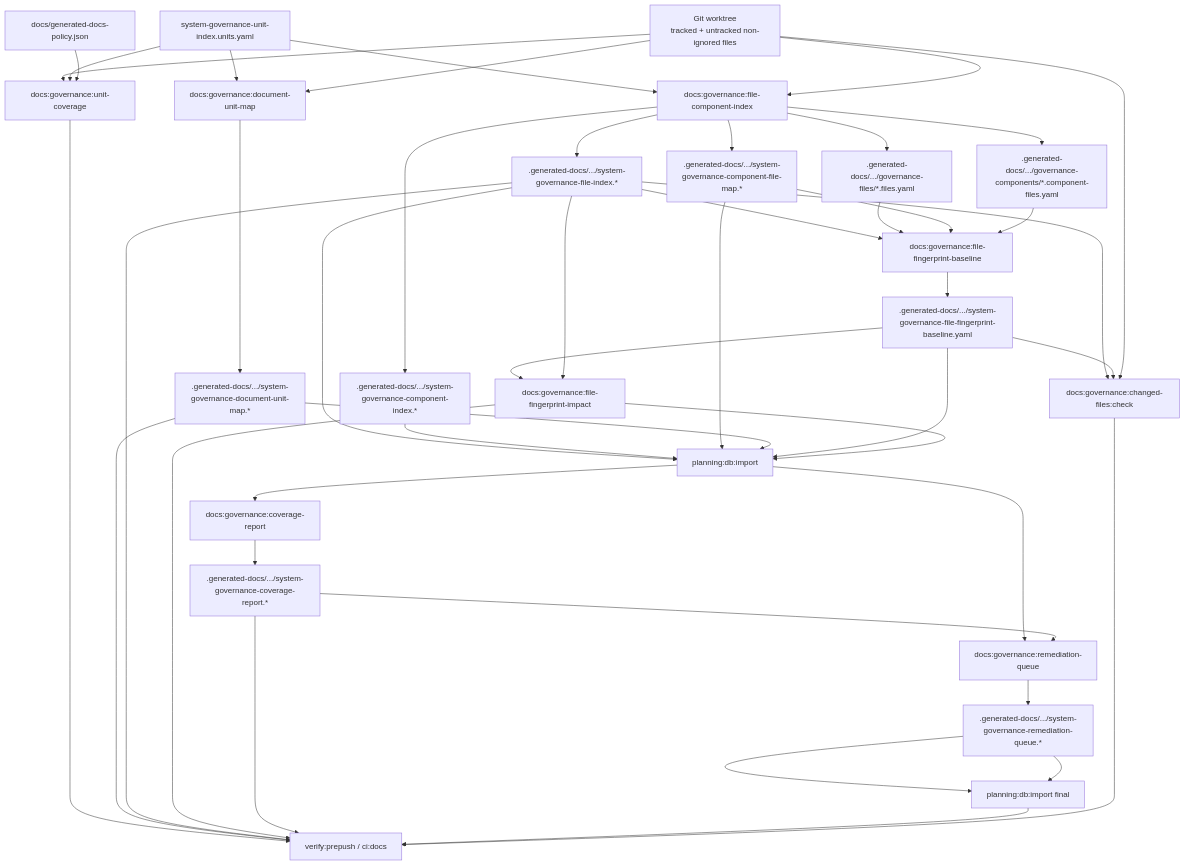
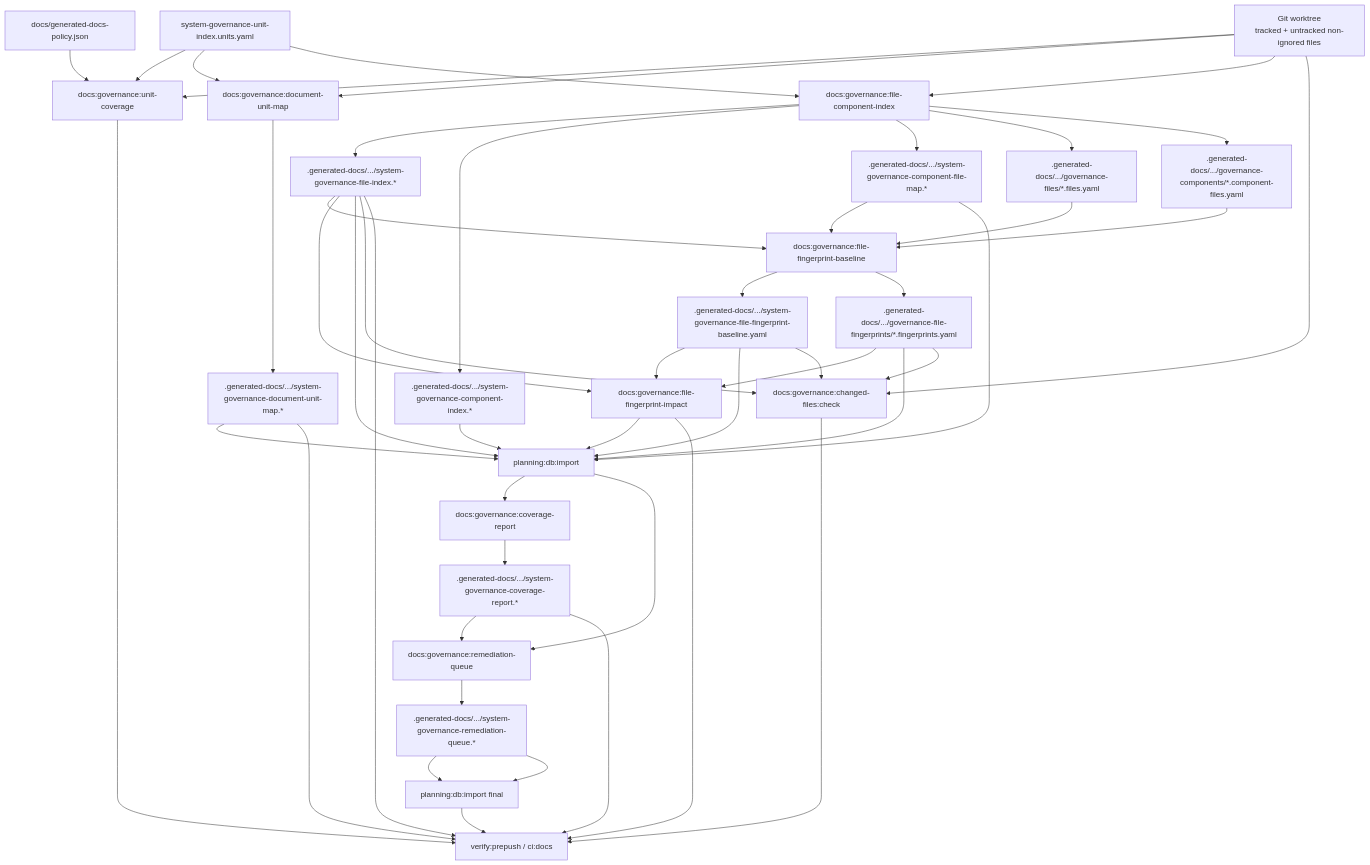
One commit to dunay2/dvt changed the diagram in docs/architecture/components/ci-governance/system-governance-generation-workflow-component.md. Above: the diagram before and after it, drawn with Mermaid. The commit also changed other lines of this file and 7 other files, not shown here.

Commit message:
fix(docs): Shard governance fingerprint baseline

````diff
--- a/docs/architecture/components/ci-governance/system-governance-generation-workflow-component.md
+++ b/docs/architecture/components/ci-governance/system-governance-generation-workflow-component.md
@@ -74,59 +74,63 @@
 ```mermaid
 flowchart TD
   Worktree["Git worktree\ntracked + untracked non-ignored files"]
   UnitManifest["system-governance-unit-index.units.yaml"]
   GeneratedPolicy["docs/generated-docs-policy.json"]
   UnitCoverage["docs:governance:unit-coverage"]
   DocumentMap["docs:governance:document-unit-map"]
   FileComponent["docs:governance:file-component-index"]
   Fingerprint["docs:governance:file-fingerprint-baseline"]
   FingerprintImpact["docs:governance:file-fingerprint-impact"]
   Coverage["docs:governance:coverage-report"]
   Remediation["docs:governance:remediation-queue"]
   ChangedFiles["docs:governance:changed-files:check"]
   Prepush["verify:prepush / ci:docs"]
 
   Worktree --> UnitCoverage
   UnitManifest --> UnitCoverage
   GeneratedPolicy --> UnitCoverage
   UnitManifest --> DocumentMap
   Worktree --> DocumentMap
   UnitManifest --> FileComponent
   Worktree --> FileComponent
   FileComponent --> FileIndex[".generated-docs/.../system-governance-file-index.*"]
   FileComponent --> ComponentIndex[".generated-docs/.../system-governance-component-index.*"]
   FileComponent --> ComponentMap[".generated-docs/.../system-governance-component-file-map.*"]
   FileComponent --> FileShards[".generated-docs/.../governance-files/*.files.yaml"]
   FileComponent --> ComponentShards[".generated-docs/.../governance-components/*.component-files.yaml"]
   DocumentMap --> DocumentMapOutputs[".generated-docs/.../system-governance-document-unit-map.*"]
   FileIndex --> Fingerprint
   FileShards --> Fingerprint
   ComponentMap --> Fingerprint
   ComponentShards --> Fingerprint
   Fingerprint --> FingerprintBaseline[".generated-docs/.../system-governance-file-fingerprint-baseline.yaml"]
+  Fingerprint --> FingerprintShards[".generated-docs/.../governance-file-fingerprints/*.fingerprints.yaml"]
   FingerprintBaseline --> FingerprintImpact
+  FingerprintShards --> FingerprintImpact
   FileIndex --> FingerprintImpact
   FileIndex --> Import["planning:db:import"]
   ComponentIndex --> Import
   ComponentMap --> Import
   DocumentMapOutputs --> Import
   FingerprintBaseline --> Import
+  FingerprintShards --> Import
   FingerprintImpact --> Import
   Import --> Coverage
   Coverage --> CoverageOutputs[".generated-docs/.../system-governance-coverage-report.*"]
   Import --> Remediation
   CoverageOutputs --> Remediation
   Remediation --> RemediationOutputs[".generated-docs/.../system-governance-remediation-queue.*"]
   RemediationOutputs --> ImportFinal["planning:db:import final"]
   FileIndex --> ChangedFiles
   FingerprintBaseline --> ChangedFiles
+  FingerprintShards --> ChangedFiles
   Worktree --> ChangedFiles
   UnitCoverage --> Prepush
   DocumentMapOutputs --> Prepush
   FileIndex --> Prepush
   FingerprintImpact --> Prepush
   CoverageOutputs --> Prepush
   RemediationOutputs --> ImportFinal
   ImportFinal --> Prepush
   ChangedFiles --> Prepush
 ```
````
